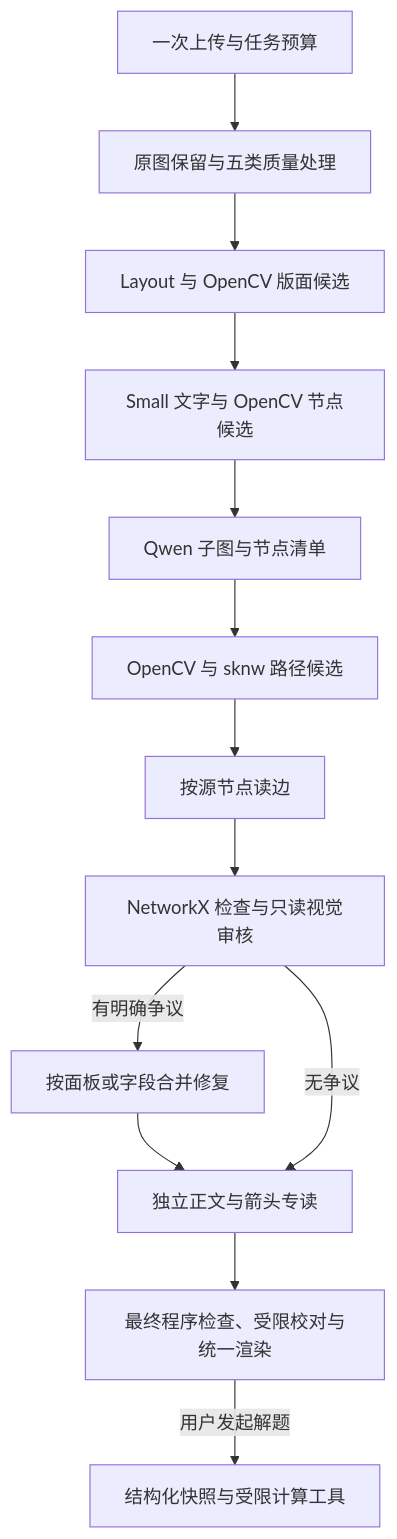
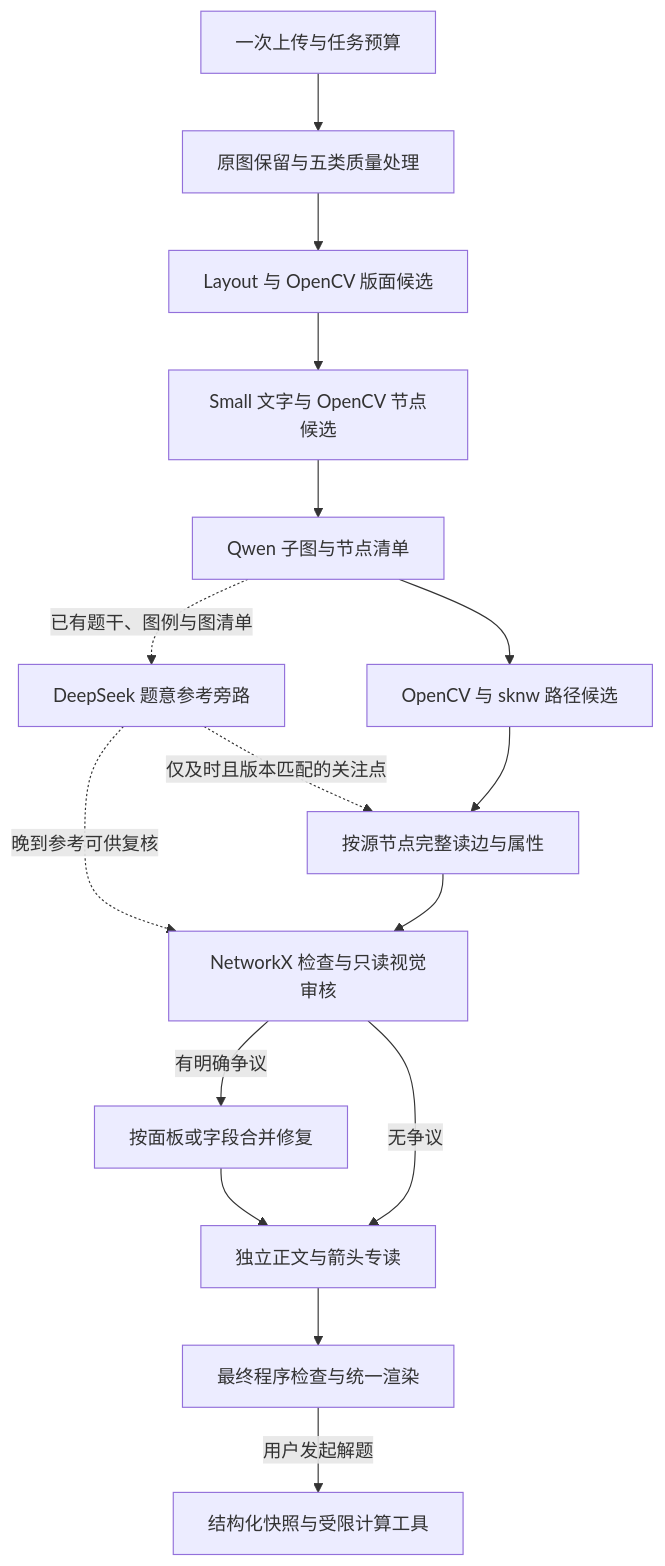
The diagram in docs/DMATE_RECOGNITION_ARCHITECTURE.md (zm14744/DMate), drawn with Mermaid before and after one commit. The commit also changed other lines of this file and 21 other files, not shown here.

````diff
--- a/docs/DMATE_RECOGNITION_ARCHITECTURE.md
+++ b/docs/DMATE_RECOGNITION_ARCHITECTURE.md
@@ -43,15 +47,18 @@
 ```mermaid
 flowchart TD
     U["一次上传与任务预算"] --> I["原图保留与五类质量处理"]
     I --> L["Layout 与 OpenCV 版面候选"]
     L --> T["Small 文字与 OpenCV 节点候选"]
     T --> N["Qwen 子图与节点清单"]
     N --> C["OpenCV 与 sknw 路径候选"]
-    C --> E["按源节点读边"]
+    N -. "已有题干、图例与图清单" .-> Q["DeepSeek 题意参考旁路"]
+    Q -. "仅及时且版本匹配的关注点" .-> E
+    Q -. "晚到参考可供复核" .-> V
+    C --> E["按源节点完整读边与属性"]
     E --> V["NetworkX 检查与只读视觉审核"]
     V -->|"有明确争议"| R["按面板或字段合并修复"]
     R --> F["独立正文与箭头专读"]
     V -->|"无争议"| F
-    F --> O["最终程序检查、受限校对与统一渲染"]
+    F --> O["最终程序检查与统一渲染"]
     O -->|"用户发起解题"| S["结构化快照与受限计算工具"]
 ```
````
